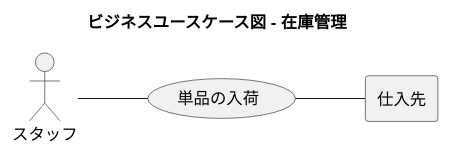
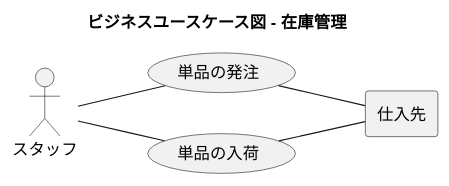
One commit to k2works/application_programing_excercise_2022 changed the seventh of 44 diagrams in docs/index.adoc. Above: the diagram before and after it, drawn with PlantUML. The commit also changed other lines of this file, not shown here.

Commit message:
docs: ビジネスユースケース

```diff
--- a/docs/index.adoc
+++ b/docs/index.adoc
@@ -298,18 +293,23 @@
 [plantuml]
 ----
 @startuml
 
 title ビジネスユースケース図 - 在庫管理
 
 left to right direction
 
 actor スタッフ as ac_01
 agent 仕入先 as ag_01
 
-usecase 単品の入荷 as uc_01
+usecase 単品の発注 as uc_01
+usecase 単品の入荷 as uc_02
 
 ac_01 -- (uc_01)
 (uc_01) -- ag_01
 
+ac_01 -- (uc_02)
+(uc_02) -- ag_01
+
+
 @enduml
 ----
```
